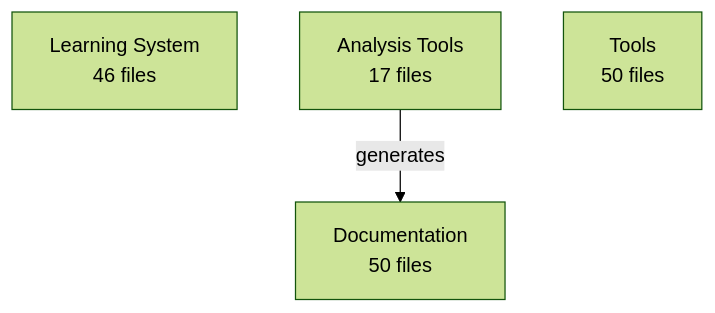
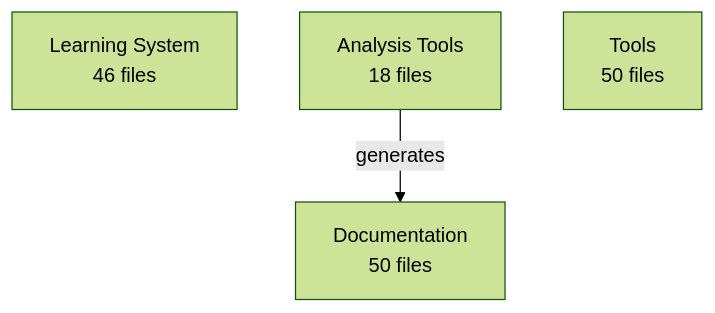
One commit to enufacas/Chained changed the diagram in docs/data/architecture/architecture.mmd. Above: the diagram before and after it, drawn with Mermaid (forest theme). The commit also changed 6 other files, not shown here.

First line of the commit message:
🏗️ Update architecture evolution tracking

```diff
--- a/docs/data/architecture/architecture.mmd
+++ b/docs/data/architecture/architecture.mmd
@@ -1,6 +1,6 @@
 graph TD
     learning_system[Learning System<br/>46 files]
-    analysis_tools[Analysis Tools<br/>17 files]
+    analysis_tools[Analysis Tools<br/>18 files]
     documentation[Documentation<br/>50 files]
     tools[Tools<br/>50 files]
     analysis_tools -->|generates| documentation
```
